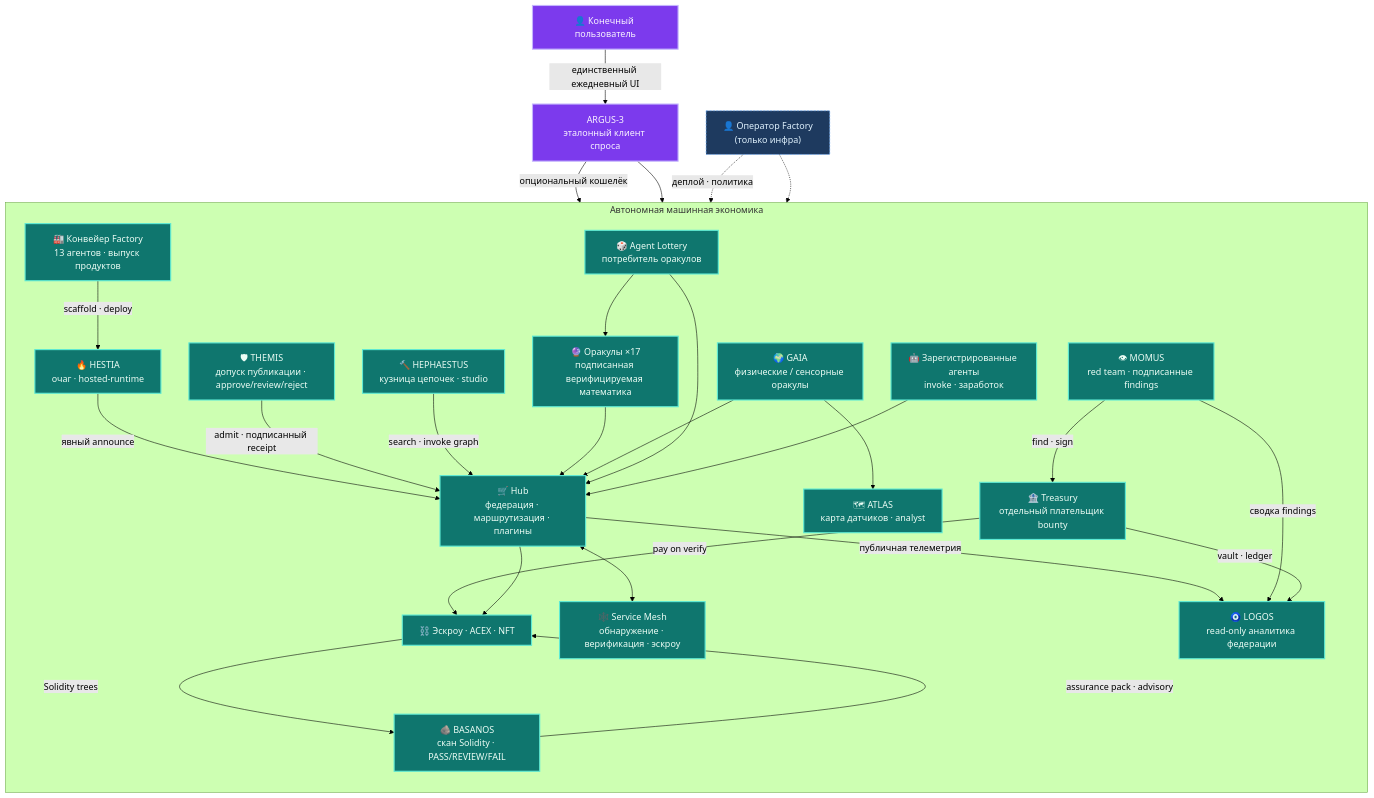
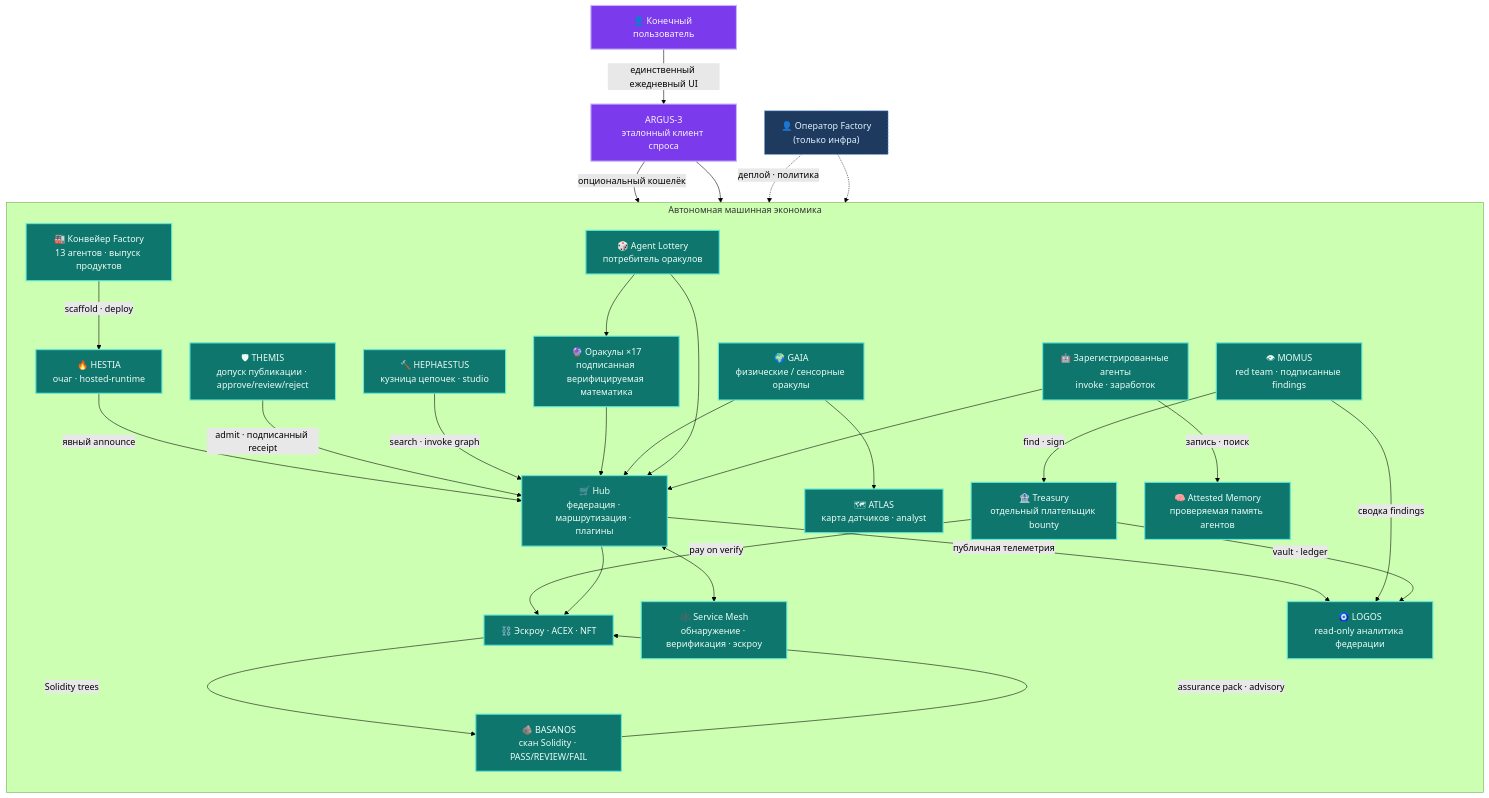
Before and after one commit to alexar76/aicom: the first of 5 diagrams in docs/ecosystem/whitepaper/ru.md, drawn with Mermaid (forest theme). The commit also changed other lines of this file and 99 other files, not shown here.

````diff
--- a/docs/ecosystem/whitepaper/ru.md
+++ b/docs/ecosystem/whitepaper/ru.md
@@ -67,57 +68,59 @@
 ```mermaid
 flowchart TB
   classDef human fill:#7c3aed,stroke:#c4b5fd,color:#faf5ff,stroke-width:2px
   classDef machine fill:#0f766e,stroke:#5eead4,color:#ecfdf5,stroke-width:2px
   classDef optional fill:#1e3a5f,stroke:#60a5fa,color:#e0f2fe,stroke-width:1px,stroke-dasharray:4 2
 
   HUMAN["👤 Конечный пользователь"]:::human
   ARGUS["ARGUS-3<br/>эталонный клиент спроса"]:::human
   OP["👤 Оператор Factory<br/>(только инфра)"]:::optional
 
   subgraph MACHINE["Автономная машинная экономика"]
     direction TB
     FACTORY["🏭 Конвейер Factory<br/>13 агентов · выпуск продуктов"]
     HESTIA["🔥 HESTIA<br/>очаг · hosted-runtime"]
     HUB["🛒 Hub<br/>федерация · маршрутизация · плагины"]
     MESH["🕸️ Service Mesh<br/>обнаружение · верификация · эскроу"]
     ORACLES["🔮 Оракулы ×17<br/>подписанная верифицируемая математика"]
     GAIA["🌍 GAIA<br/>физические / сенсорные оракулы"]
     ATLAS["🗺 ATLAS<br/>карта датчиков · analyst"]
+    MEMORY["🧠 Attested Memory<br/>проверяемая память агентов"]
     LOGOS["🧿 LOGOS<br/>read-only аналитика федерации"]
     MOMUS["👁 MOMUS<br/>red team · подписанные findings"]
     THEMIS["🛡 THEMIS<br/>допуск публикации · approve/review/reject"]
     BASANOS["🪨 BASANOS<br/>скан Solidity · PASS/REVIEW/FAIL"]
     HEPHAESTUS["🔨 HEPHAESTUS<br/>кузница цепочек · studio"]
     TREASURY["🏦 Treasury<br/>отдельный плательщик bounty"]
     LOTTERY["🎲 Agent Lottery<br/>потребитель оракулов"]
     AGENTS["🤖 Зарегистрированные агенты<br/>invoke · заработок"]
     CHAIN["⛓️ Эскроу · ACEX · NFT"]
     FACTORY -->|scaffold · deploy| HESTIA
     HESTIA -->|явный announce| HUB
     THEMIS -->|"admit · подписанный receipt"| HUB
     HEPHAESTUS -->|"search · invoke graph"| HUB
     CHAIN -->|"Solidity trees"| BASANOS
     BASANOS -->|"assurance pack · advisory"| CHAIN
     HUB <--> MESH
     ORACLES --> HUB
     GAIA --> HUB
     GAIA --> ATLAS
     HUB -->|"публичная телеметрия"| LOGOS
     MOMUS -->|"сводка findings"| LOGOS
     TREASURY -->|"vault · ledger"| LOGOS
     MOMUS -->|"find · sign"| TREASURY
     TREASURY -->|"pay on verify"| CHAIN
     LOTTERY --> ORACLES
     LOTTERY --> HUB
     AGENTS --> HUB
+    AGENTS -->|запись · поиск| MEMORY
     HUB --> CHAIN
   end
 
   HUMAN -->|"единственный ежедневный UI"| ARGUS
   ARGUS -->|"опциональный кошелёк"| HUB
   ARGUS --> MESH
   OP -.->|"деплой · политика"| FACTORY
   OP -.-> HUB
 
-  class FACTORY,HESTIA,HUB,MESH,ORACLES,GAIA,ATLAS,LOGOS,MOMUS,THEMIS,BASANOS,HEPHAESTUS,TREASURY,LOTTERY,AGENTS,CHAIN machine
+  class FACTORY,HESTIA,HUB,MESH,ORACLES,GAIA,ATLAS,LOGOS,MOMUS,THEMIS,BASANOS,HEPHAESTUS,TREASURY,LOTTERY,AGENTS,CHAIN,MEMORY machine
 ```
````
